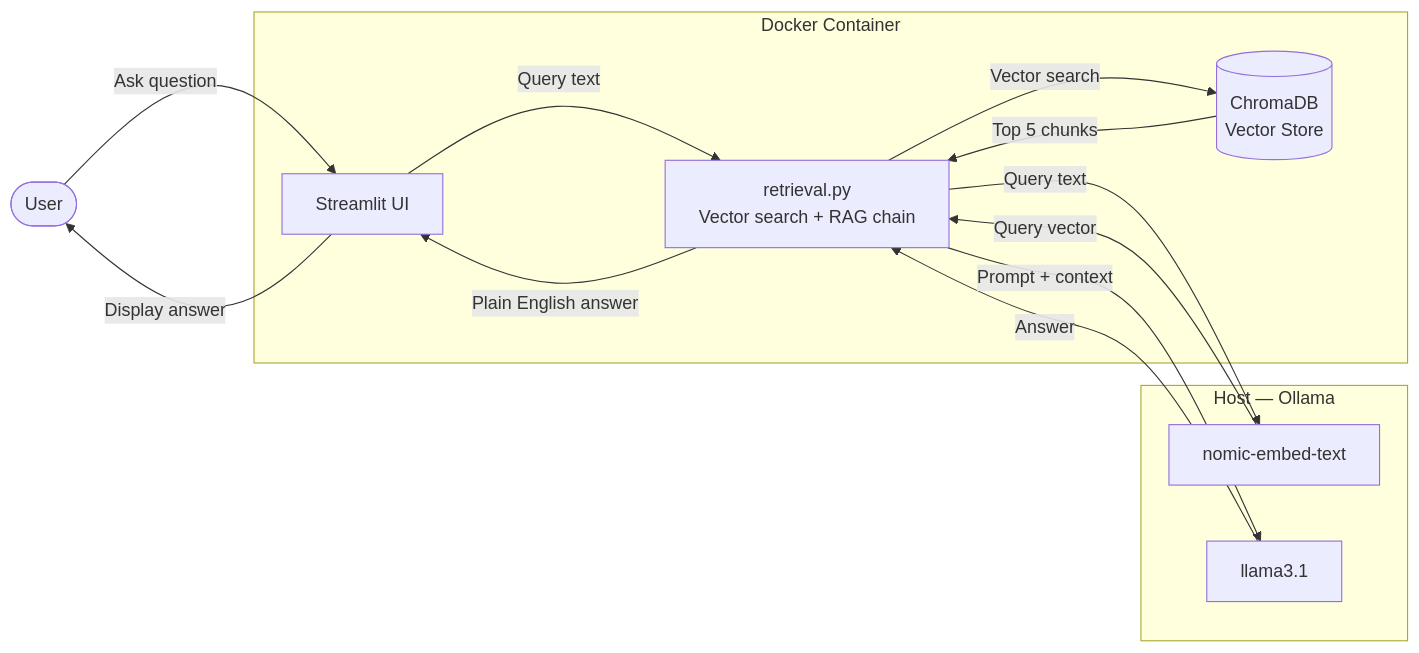
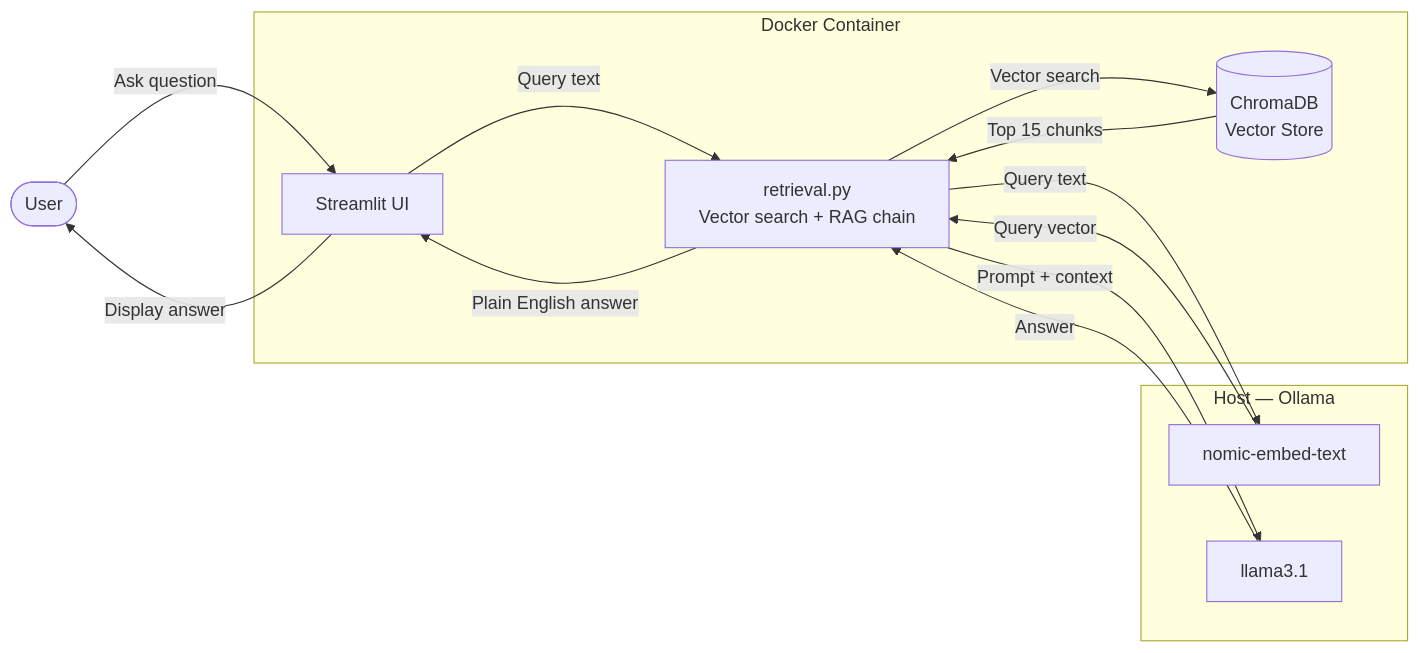
One commit to LFairbairn/scenesage changed the second of 2 diagrams in README.md. Above: the diagram before and after it, drawn with Mermaid. The commit also changed other lines of this file and 2 other files, not shown here.

````diff
--- a/README.md
+++ b/README.md
@@ -57,26 +59,26 @@
 ```mermaid
 flowchart LR
     User([User])
 
     subgraph Docker["Docker Container"]
         UI["Streamlit UI"]
         Retrieval["retrieval.py\nVector search + RAG chain"]
         ChromaDB[("ChromaDB\nVector Store")]
     end
 
     subgraph Host["Host — Ollama"]
         Embed["nomic-embed-text"]
         LLM["llama3.1"]
     end
 
     User -->|"Ask question"| UI
     UI -->|"Query text"| Retrieval
     Retrieval -->|"Query text"| Embed
     Embed -->|"Query vector"| Retrieval
     Retrieval -->|"Vector search"| ChromaDB
-    ChromaDB -->|"Top 5 chunks"| Retrieval
+    ChromaDB -->|"Top 15 chunks"| Retrieval
     Retrieval -->|"Prompt + context"| LLM
     LLM -->|"Answer"| Retrieval
     Retrieval -->|"Plain English answer"| UI
     UI -->|"Display answer"| User
 ```
````
